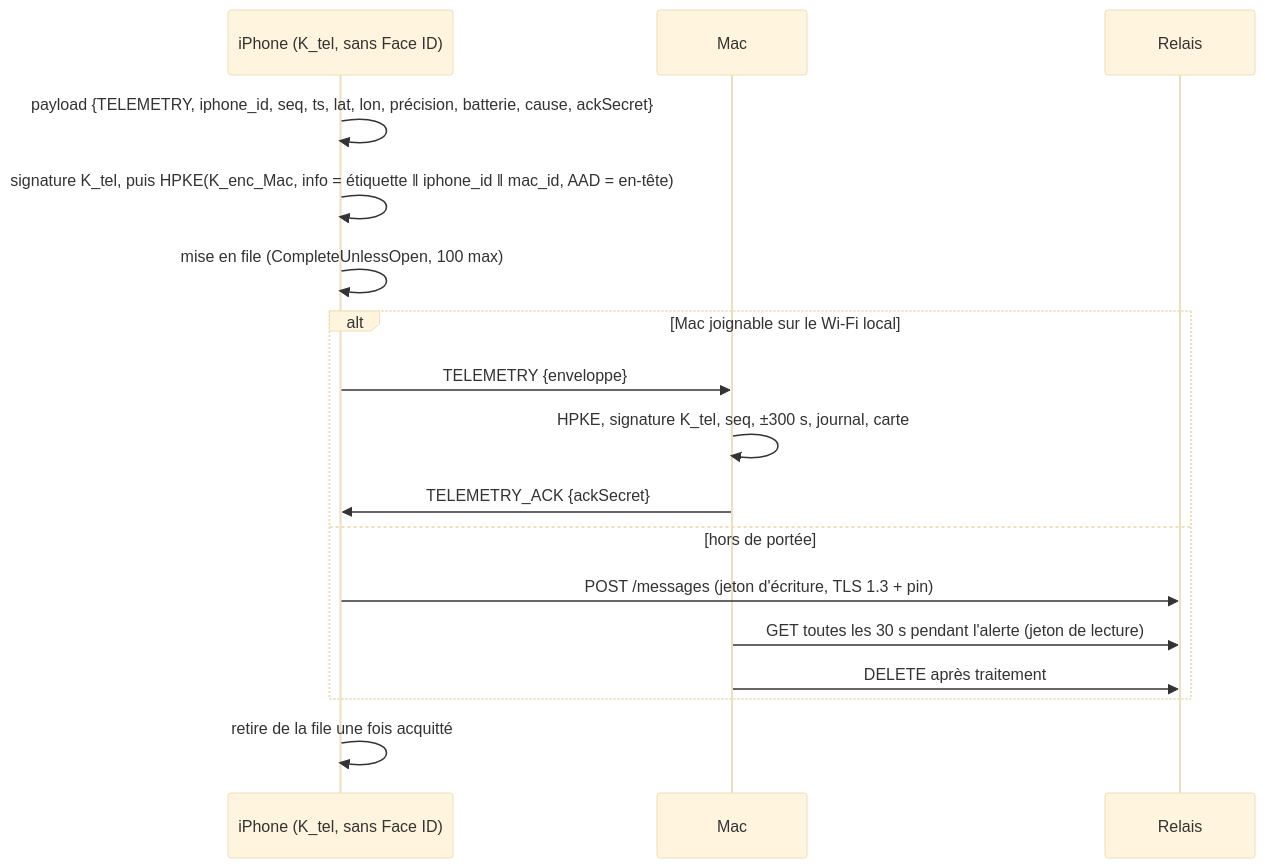
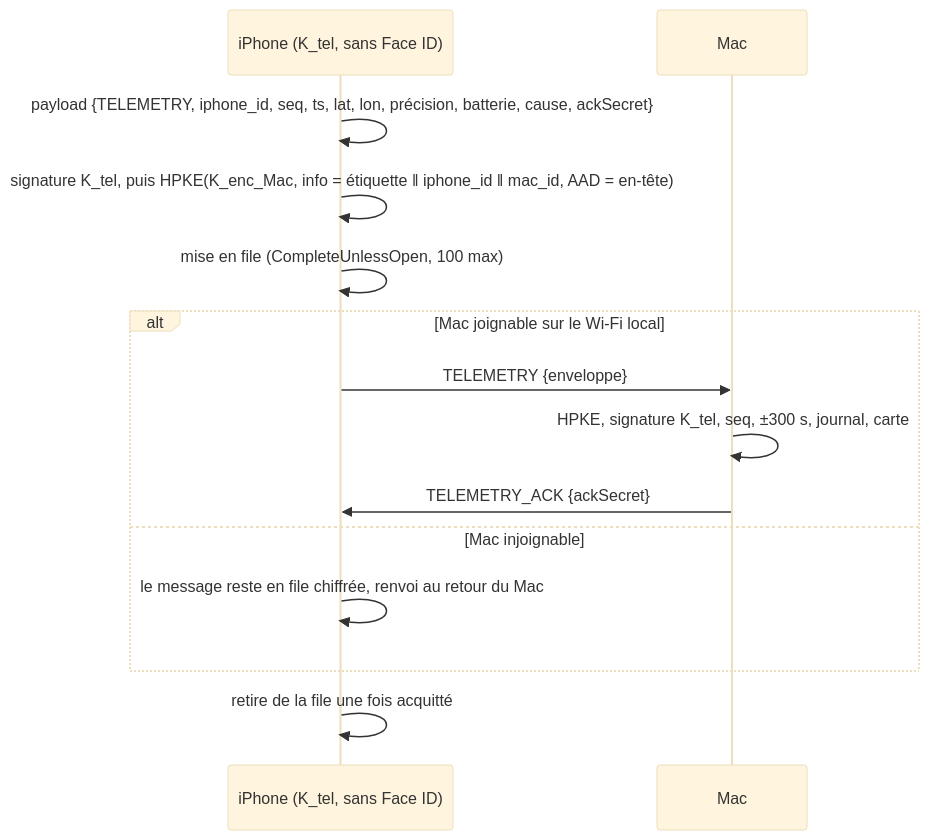
Before and after one commit to Br4tha/RobAir: the fifth of 5 diagrams in docs/J2-architecture.md, drawn with Mermaid (base theme). The commit also changed other lines of this file and 4 other files, not shown here.

````diff
--- a/docs/J2-architecture.md
+++ b/docs/J2-architecture.md
@@ -186,19 +174,16 @@
 ```mermaid
 sequenceDiagram
     participant I as iPhone (K_tel, sans Face ID)
     participant M as Mac
-    participant R as Relais
     I->>I: payload {TELEMETRY, iphone_id, seq, ts, lat, lon, précision, batterie, cause, ackSecret}
     I->>I: signature K_tel, puis HPKE(K_enc_Mac, info = étiquette ‖ iphone_id ‖ mac_id, AAD = en-tête)
     I->>I: mise en file (CompleteUnlessOpen, 100 max)
     alt Mac joignable sur le Wi-Fi local
         I->>M: TELEMETRY {enveloppe}
         M->>M: HPKE, signature K_tel, seq, ±300 s, journal, carte
         M->>I: TELEMETRY_ACK {ackSecret}
-    else hors de portée
-        I->>R: POST /messages (jeton d'écriture, TLS 1.3 + pin)
-        M->>R: GET toutes les 30 s pendant l'alerte (jeton de lecture)
-        M->>R: DELETE après traitement
+    else Mac injoignable
+        I->>I: le message reste en file chiffrée, renvoi au retour du Mac
     end
     I->>I: retire de la file une fois acquitté
 ```
````
